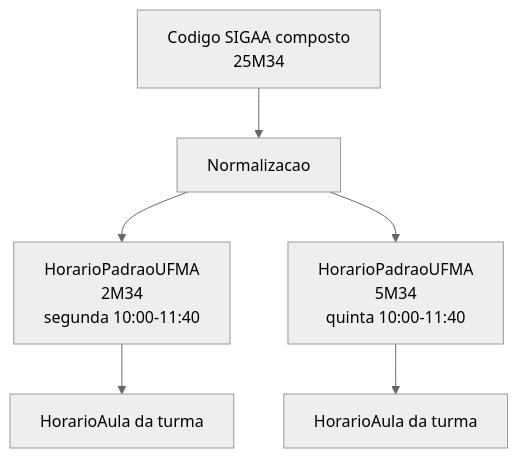
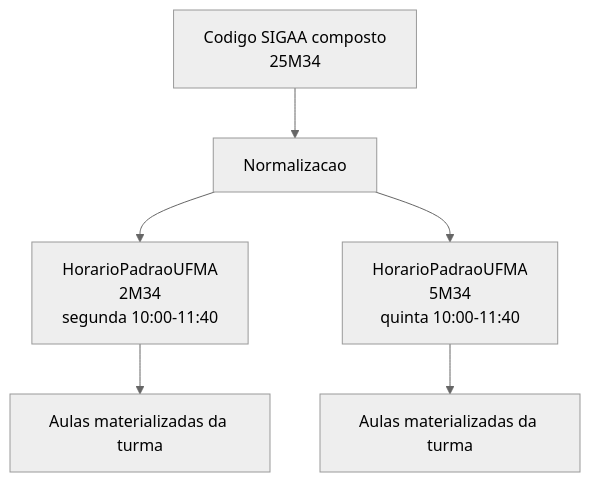
One commit to DanielKGM/autoponto changed the third of 10 diagrams in autoponto-backend/docs/diagramas-tcc.md. Above: the diagram before and after it, drawn with Mermaid (neutral theme). The commit also changed other lines of this file and 17 other files, not shown here.

First line of the commit message:
Refactor API documentation and frontend structure; update requirements and improve user flows

````diff
--- a/autoponto-backend/docs/diagramas-tcc.md
+++ b/autoponto-backend/docs/diagramas-tcc.md
@@ -76,8 +80,8 @@
 ```mermaid
 flowchart TD
     Codigo["Codigo SIGAA composto\n25M34"] --> Split["Normalizacao"]
     Split --> H1["HorarioPadraoUFMA\n2M34\nsegunda 10:00-11:40"]
     Split --> H2["HorarioPadraoUFMA\n5M34\nquinta 10:00-11:40"]
-    H1 --> HA1["HorarioAula da turma"]
-    H2 --> HA2["HorarioAula da turma"]
+    H1 --> A1["Aulas materializadas da turma"]
+    H2 --> A2["Aulas materializadas da turma"]
 ```
````
